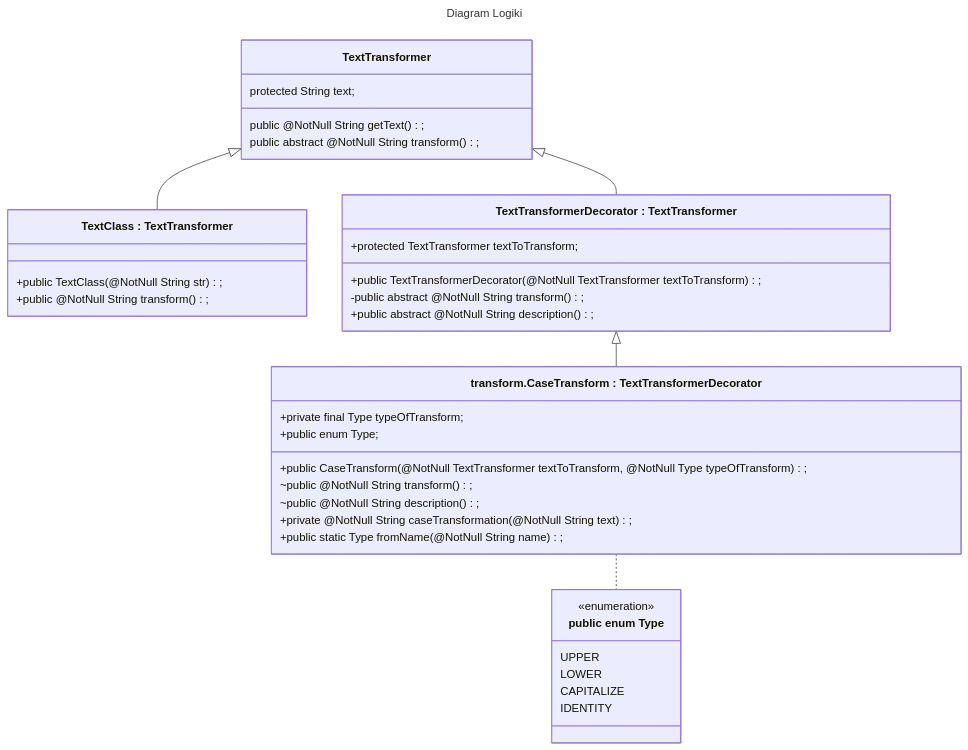
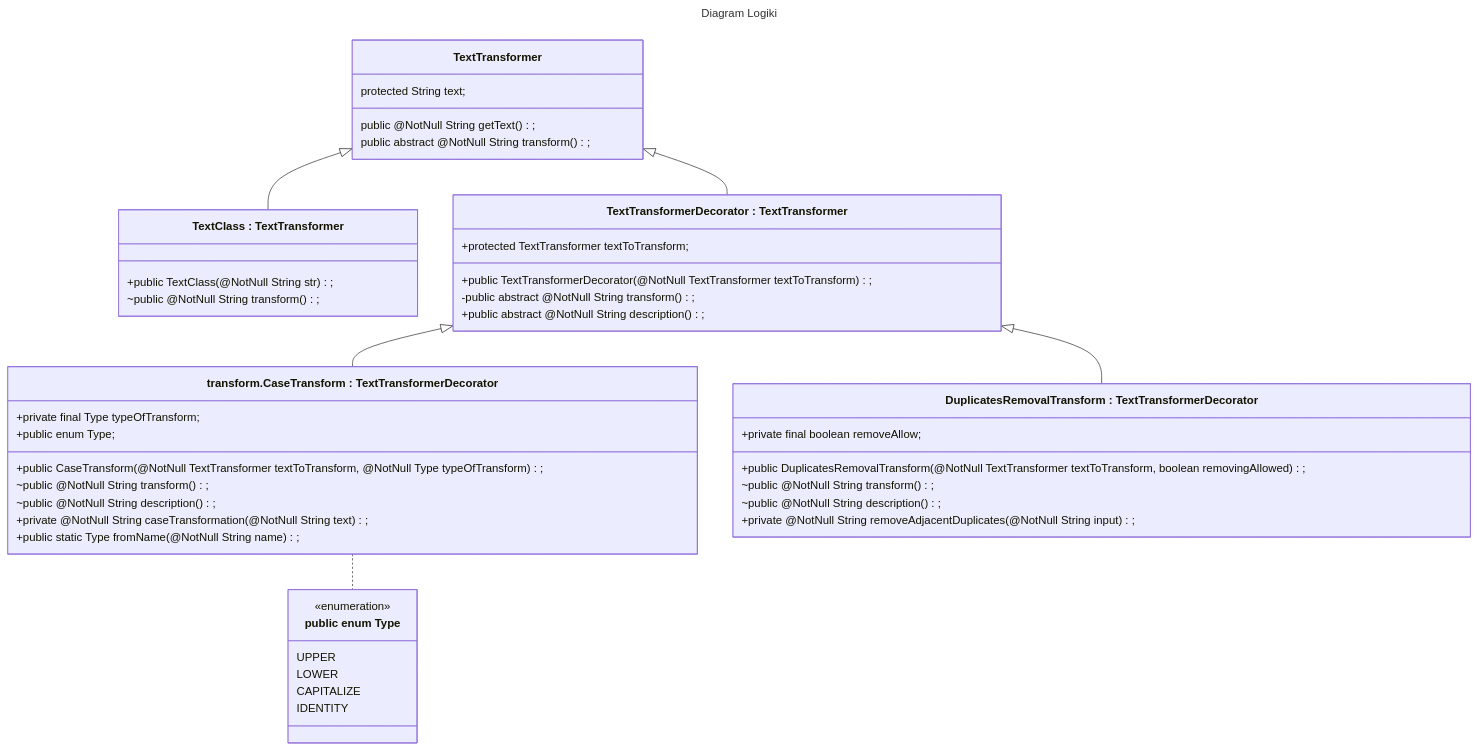
The diagram in exampleclass.md (Dashrek/SK2_R_P_S), drawn with Mermaid before and after one commit.

````diff
--- a/exampleclass.md
+++ b/exampleclass.md
@@ -2,42 +2,50 @@
 ```mermaid
 ---
 title: Diagram Logiki
 
 ---
 classDiagram
   class TextTransformer {
     protected String text;
     public @NotNull String getText();
     public abstract @NotNull String transform();
   }
   class TextClass["TextClass : TextTransformer"] {
     +public TextClass(@NotNull String str);
-    +public @NotNull String transform();
+    ~public @NotNull String transform();
   }
   class TextTransformerDecorator["TextTransformerDecorator : TextTransformer"] {
     +protected TextTransformer textToTransform;
     +public TextTransformerDecorator(@NotNull TextTransformer textToTransform);
     -public abstract @NotNull String transform();
     +public abstract @NotNull String description();
   }
   class CaseTransform["transform.CaseTransform : TextTransformerDecorator"] {
     +private final Type typeOfTransform;
     +public CaseTransform(@NotNull TextTransformer textToTransform, @NotNull Type typeOfTransform);
     ~public @NotNull String transform();
     ~public @NotNull String description(); 
     +private @NotNull String caseTransformation(@NotNull String text);
     +public static Type fromName(@NotNull String name);
     +public enum Type;
 }
 class Enum["public enum Type"]{
     <<enumeration>>
     UPPER
     LOWER
     CAPITALIZE
     IDENTITY
 }
+class DuplicatesRemovalTransform["DuplicatesRemovalTransform : TextTransformerDecorator"] {
+  +private final boolean removeAllow;
+  +public DuplicatesRemovalTransform(@NotNull TextTransformer textToTransform, boolean removingAllowed);
+  ~public @NotNull String transform();
+  ~public @NotNull String description();
+  +private @NotNull String removeAdjacentDuplicates(@NotNull String input);
+}
+  TextTransformerDecorator <|-- DuplicatesRemovalTransform
   CaseTransform .. Enum
   TextTransformer <|-- TextTransformerDecorator
   TextTransformer <|-- TextClass
   TextTransformerDecorator <|-- CaseTransform
 ```
````
